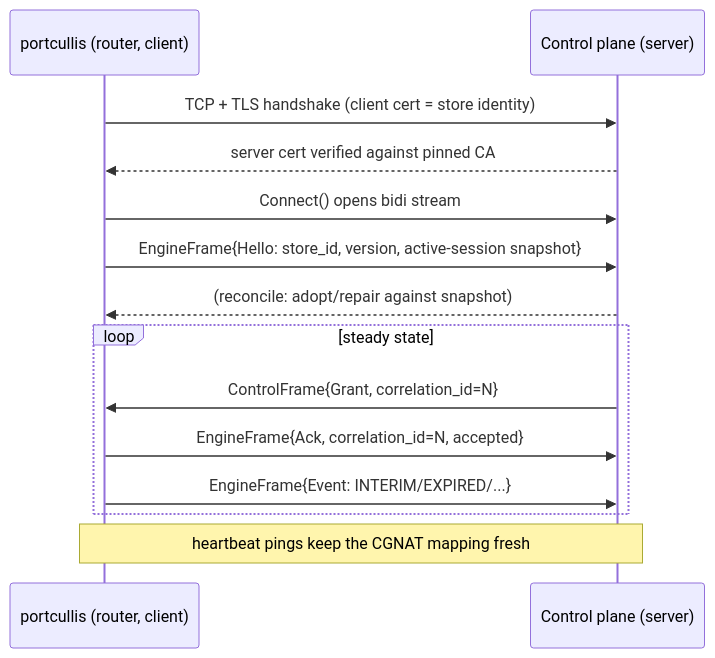
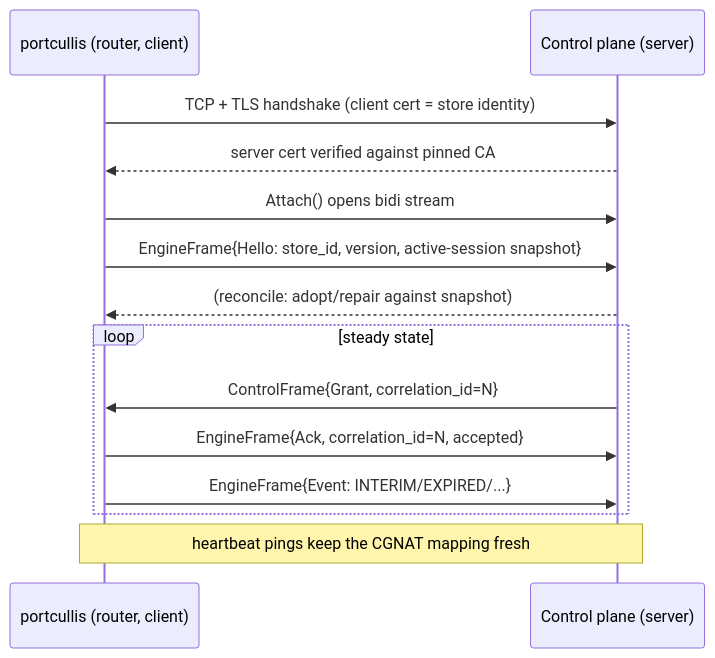
Before and after one commit to aupv9/portcullis-rust: the third of 3 diagrams in docs/design/cgnat-bidi-control-channel.md, drawn with Mermaid. The commit also changed other lines of this file and 23 other files, not shown here.

````diff
--- a/docs/design/cgnat-bidi-control-channel.md
+++ b/docs/design/cgnat-bidi-control-channel.md
@@ -108,16 +113,16 @@
 ```mermaid
 sequenceDiagram
   participant Eng as portcullis (router, client)
   participant CP as Control plane (server)
   Eng->>CP: TCP + TLS handshake (client cert = store identity)
   CP-->>Eng: server cert verified against pinned CA
-  Eng->>CP: Connect() opens bidi stream
+  Eng->>CP: Attach() opens bidi stream
   Eng->>CP: EngineFrame{Hello: store_id, version, active-session snapshot}
   CP-->>Eng: (reconcile: adopt/repair against snapshot)
   loop steady state
     CP->>Eng: ControlFrame{Grant, correlation_id=N}
     Eng->>CP: EngineFrame{Ack, correlation_id=N, accepted}
     Eng->>CP: EngineFrame{Event: INTERIM/EXPIRED/...}
   end
   Note over Eng,CP: heartbeat pings keep the CGNAT mapping fresh
 ```
````
